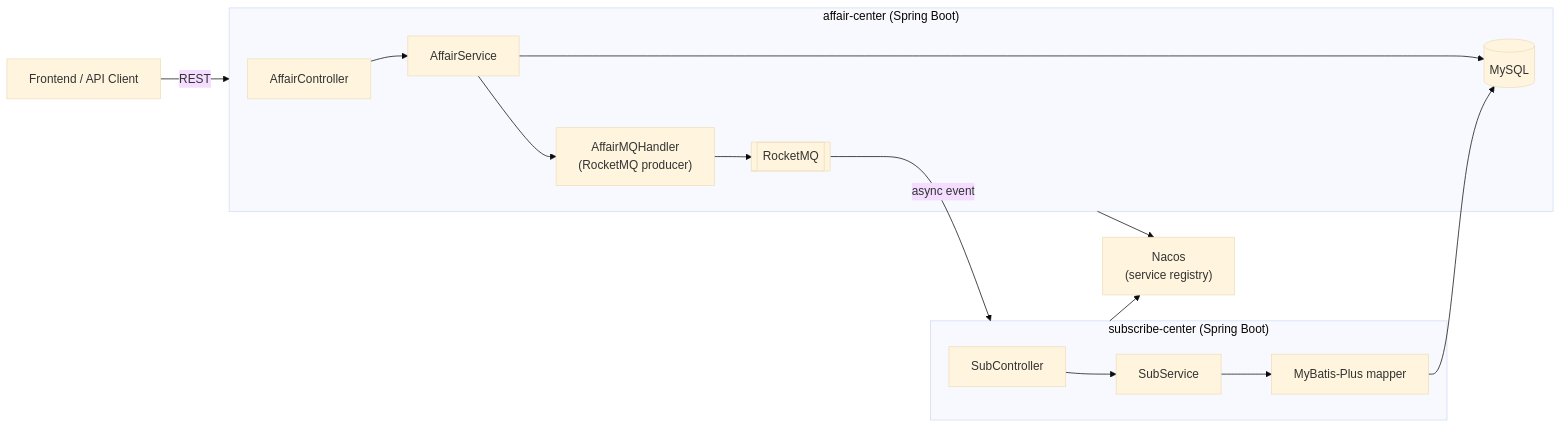
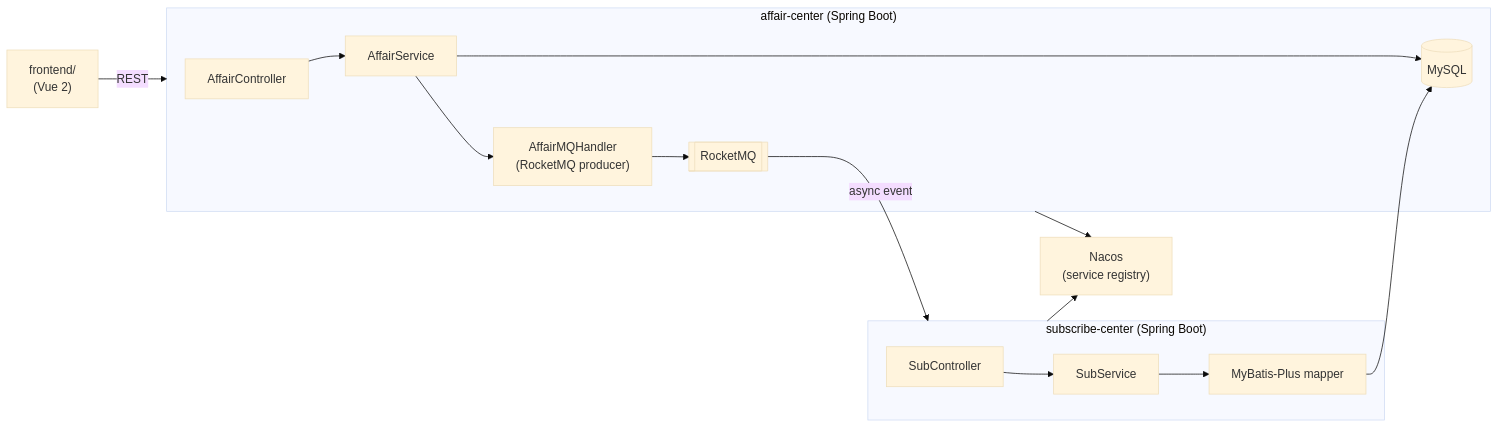
Before and after one commit to Seal-Re/ems-backend: the diagram in README.md, drawn with Mermaid (base theme). The commit also changed other lines of this file and 18 other files, not shown here.

Commit message:
feat: monorepo merge — add frontend/ (Vue 2 EMS UI) without 24MB tar/dist binaries; fix .gitignore conflict markers (#5)

````diff
--- a/README.md
+++ b/README.md
@@ -22,20 +22,20 @@
 ```mermaid
 flowchart LR
-    Client["Frontend / API Client"] -->|REST| AffairCenter
+    Client["frontend/\n(Vue 2)"] -->|REST| AffairCenter
 
     subgraph AffairCenter["affair-center (Spring Boot)"]
         AffairController --> AffairService
         AffairService --> AffairMQHandler["AffairMQHandler\n(RocketMQ producer)"]
         AffairService --> MySQL[("MySQL")]
         AffairMQHandler --> RocketMQ[["RocketMQ"]]
     end
 
     subgraph SubscribeCenter["subscribe-center (Spring Boot)"]
         SubController --> SubService
         SubService --> SubMapper["MyBatis-Plus mapper"]
         SubMapper --> MySQL
     end
 
     RocketMQ -->|async event| SubscribeCenter
     AffairCenter & SubscribeCenter --> Nacos["Nacos\n(service registry)"]
 ```
````
